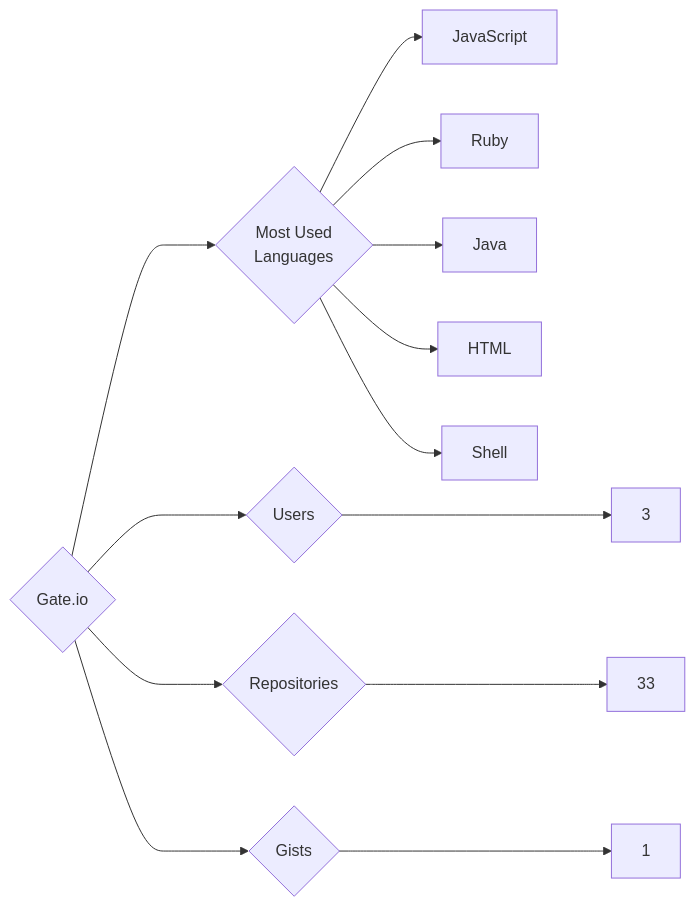
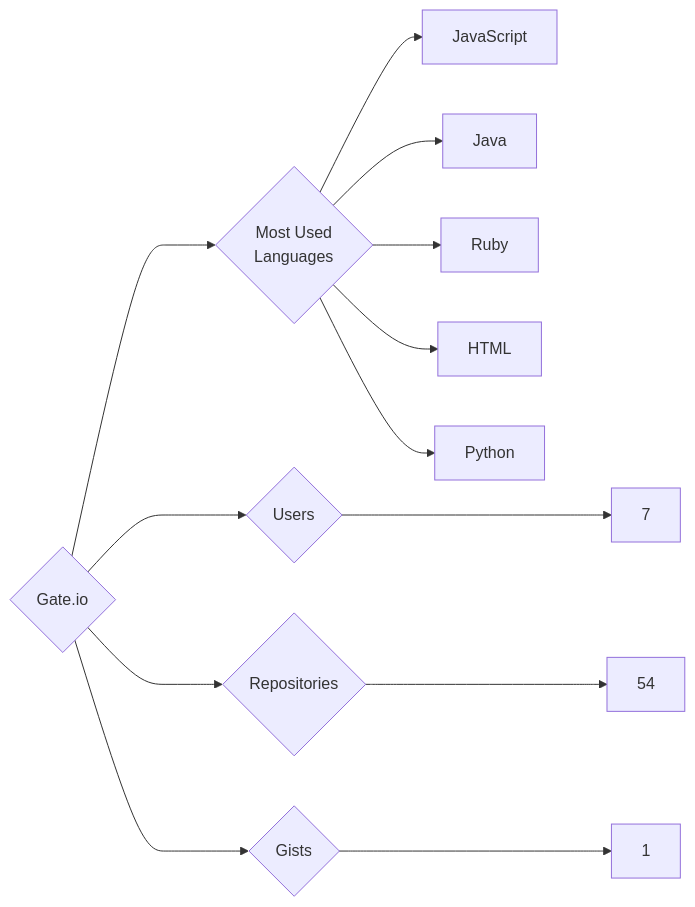
Before and after one commit to trickest/insiders: the diagram in targets/Gate.io/README.md, drawn with Mermaid. The commit also changed 1055 other files, not shown here.

````diff
--- a/targets/Gate.io/README.md
+++ b/targets/Gate.io/README.md
@@ -3,13 +3,13 @@
 ```mermaid
 graph LR
 COMPANY_NAME{Gate.io}
-COMPANY_NAME ---> U{Users} ---> UN[3]
-COMPANY_NAME ---> R{Repositories} ---> RN[33]
+COMPANY_NAME ---> U{Users} ---> UN[7]
+COMPANY_NAME ---> R{Repositories} ---> RN[54]
 COMPANY_NAME ---> G{Gists} ---> GN[1]
 COMPANY_NAME ---> ML{Most Used<br>Languages}
 ML --> JavaScript[JavaScript]
+ML --> Java[Java]
 ML --> Ruby[Ruby]
-ML --> Java[Java]
 ML --> HTML[HTML]
-ML --> Shell[Shell]
+ML --> Python[Python]
 ```
````
